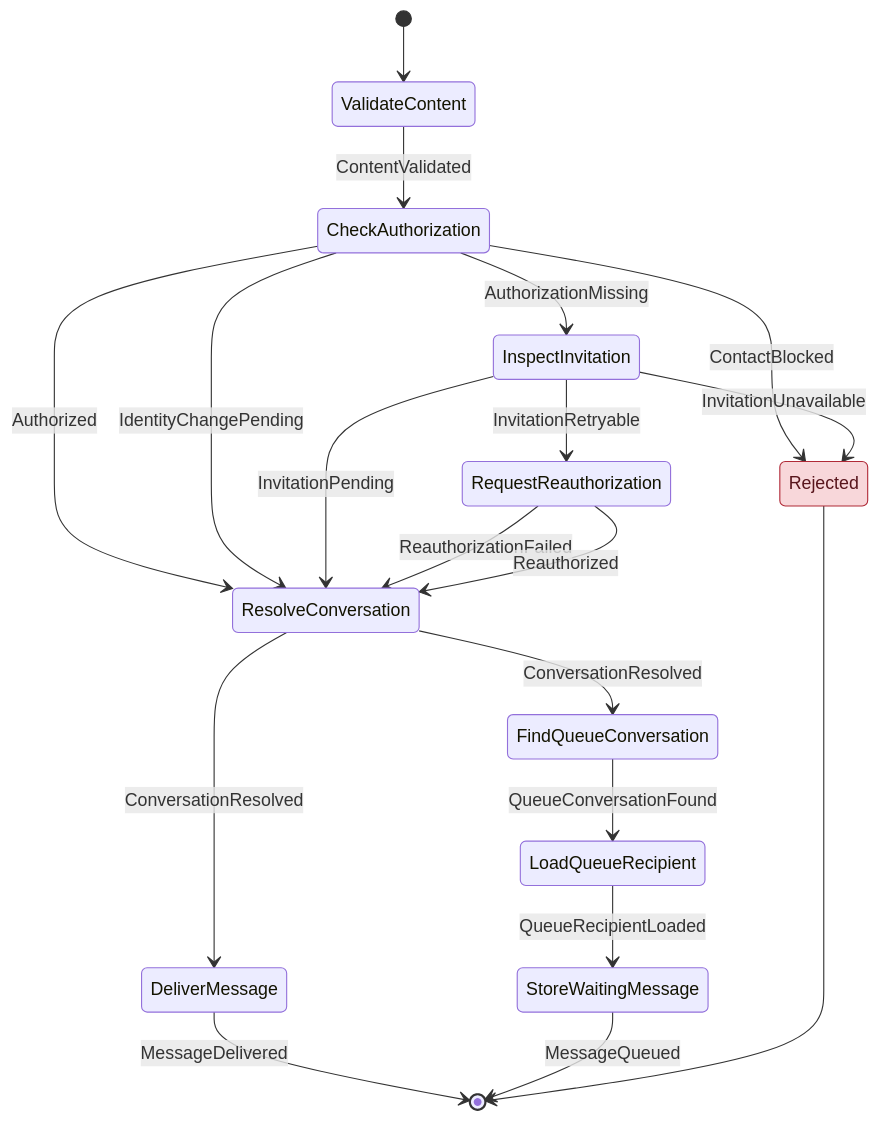
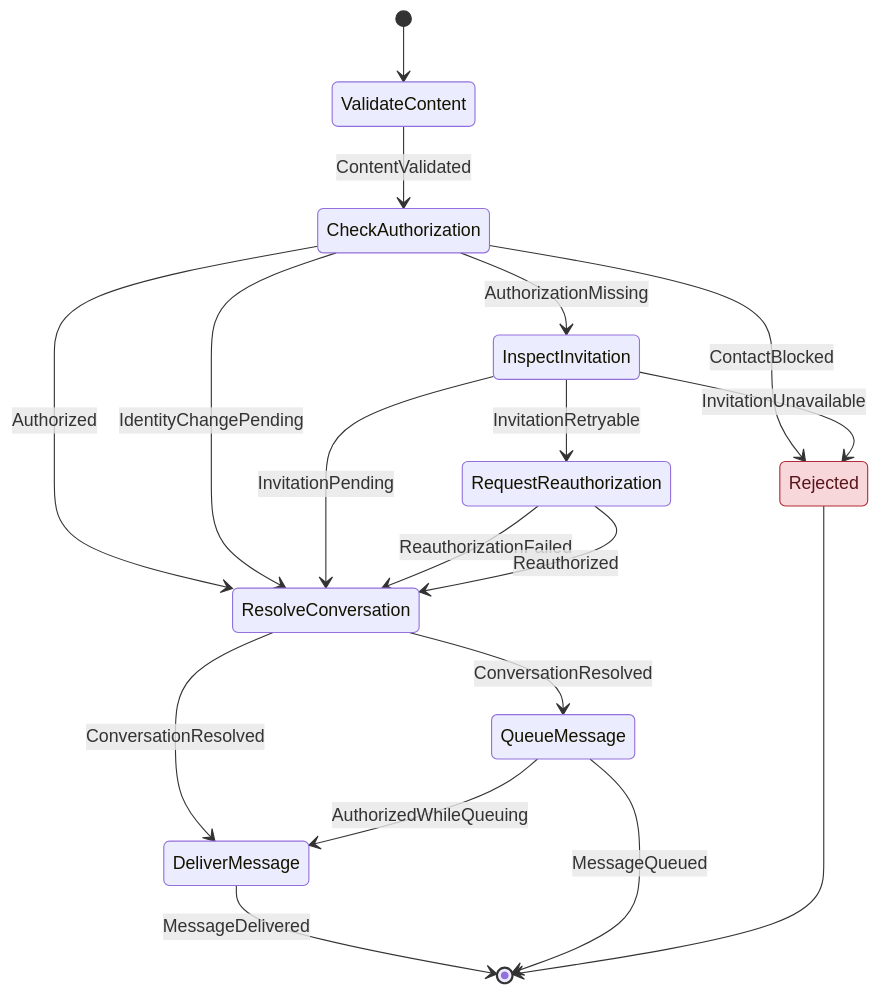
The ninth of 27 diagrams in docs/architecture/workflows/message.md (cbgm/Sparrow), drawn with Mermaid before and after one commit. The commit also changed other lines of this file and 193 other files, not shown here.

````diff
--- a/docs/architecture/workflows/message.md
+++ b/docs/architecture/workflows/message.md
@@ -204,23 +275,22 @@
 ```mermaid
 stateDiagram-v2
     [*] --> ValidateContent
     ValidateContent --> CheckAuthorization : ContentValidated
     CheckAuthorization --> InspectInvitation : AuthorizationMissing
     CheckAuthorization --> ResolveConversation : Authorized
     CheckAuthorization --> Rejected : ContactBlocked
     CheckAuthorization --> ResolveConversation : IdentityChangePending
     InspectInvitation --> ResolveConversation : InvitationPending
     InspectInvitation --> RequestReauthorization : InvitationRetryable
     InspectInvitation --> Rejected : InvitationUnavailable
     RequestReauthorization --> ResolveConversation : ReauthorizationFailed
     RequestReauthorization --> ResolveConversation : Reauthorized
     ResolveConversation --> DeliverMessage : ConversationResolved
-    ResolveConversation --> FindQueueConversation : ConversationResolved
+    ResolveConversation --> QueueMessage : ConversationResolved
     DeliverMessage --> [*] : MessageDelivered
-    FindQueueConversation --> LoadQueueRecipient : QueueConversationFound
-    LoadQueueRecipient --> StoreWaitingMessage : QueueRecipientLoaded
-    StoreWaitingMessage --> [*] : MessageQueued
+    QueueMessage --> DeliverMessage : AuthorizedWhileQueuing
+    QueueMessage --> [*] : MessageQueued
     Rejected --> [*]
     classDef reject fill:#f8d7da,stroke:#b02a37,color:#58151c
     class Rejected reject
 ```
````
